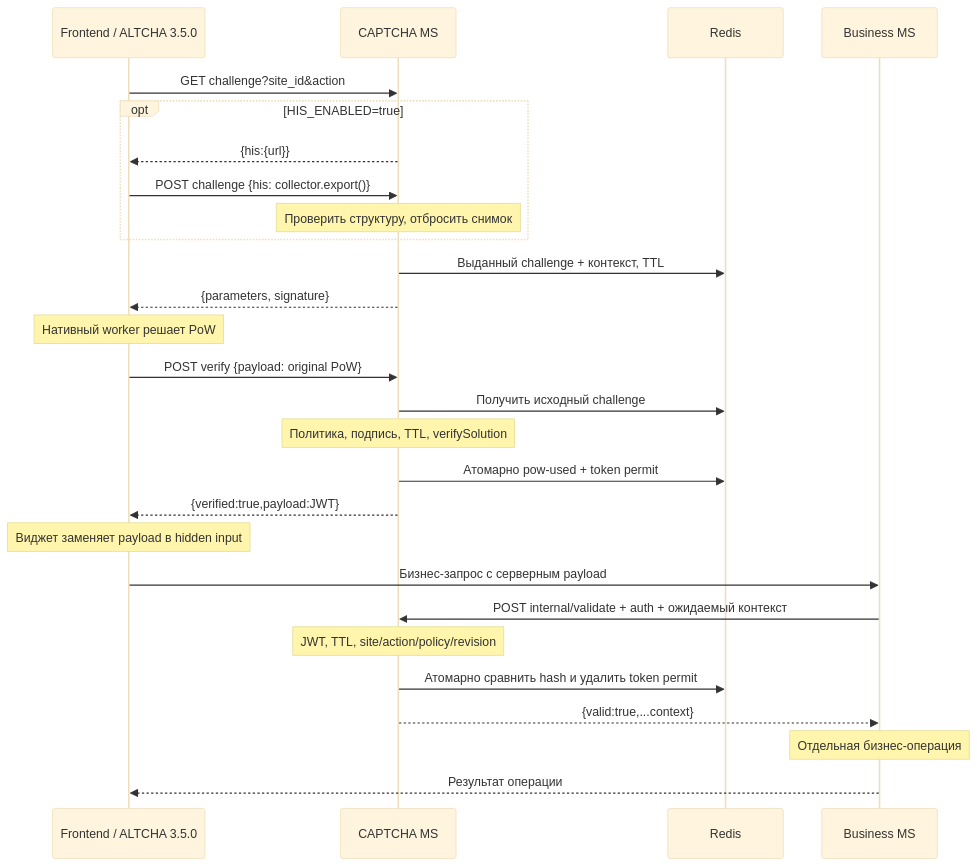
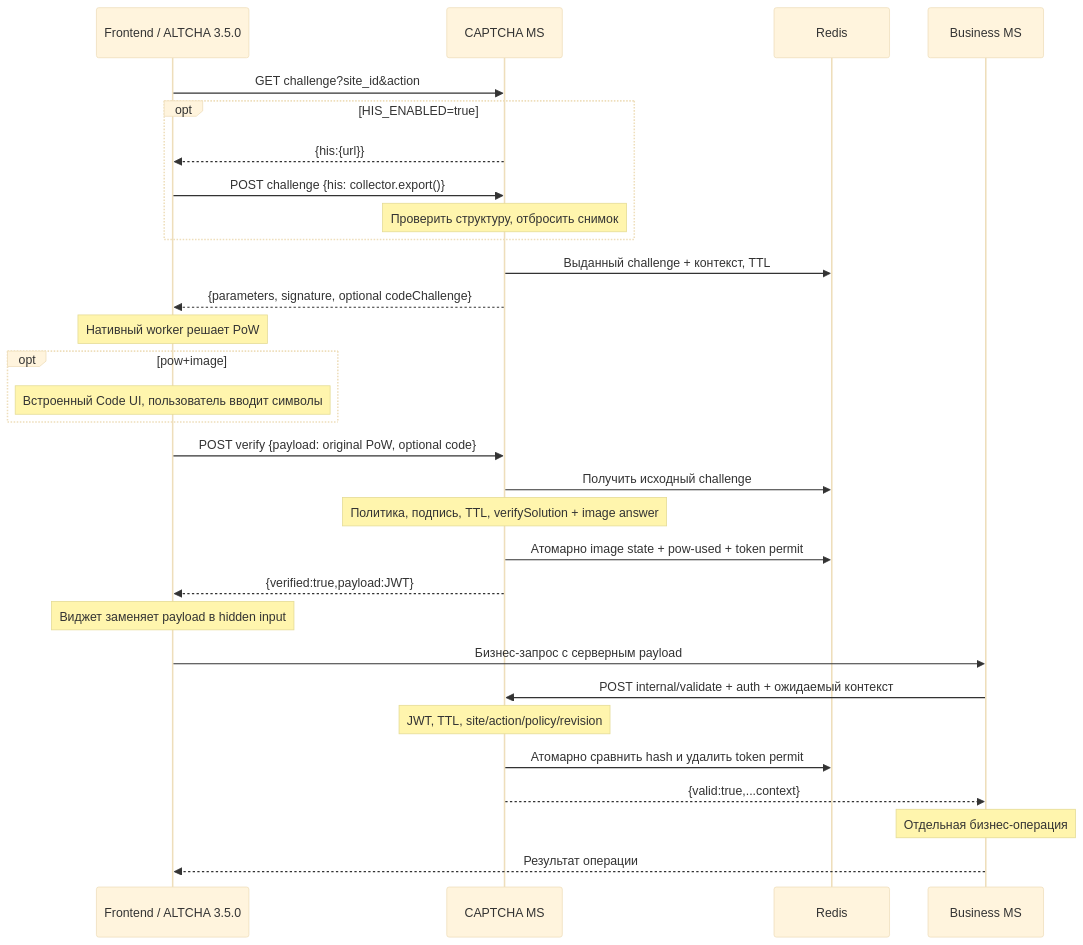
One commit to vikkitikky/altcha-poc-backend changed the diagram in docs/architecture.md. Above: the diagram before and after it, drawn with Mermaid (base theme). The commit also changed other lines of this file and 32 other files, not shown here.

````diff
--- a/docs/architecture.md
+++ b/docs/architecture.md
@@ -7,29 +7,32 @@
 ```mermaid
 sequenceDiagram
     participant F as Frontend / ALTCHA 3.5.0
     participant C as CAPTCHA MS
     participant R as Redis
     participant B as Business MS
     F->>C: GET challenge?site_id&action
     opt HIS_ENABLED=true
       C-->>F: {his:{url}}
       F->>C: POST challenge {his: collector.export()}
       Note over C: Проверить структуру, отбросить снимок
     end
     C->>R: Выданный challenge + контекст, TTL
-    C-->>F: {parameters, signature}
+    C-->>F: {parameters, signature, optional codeChallenge}
     Note over F: Нативный worker решает PoW
-    F->>C: POST verify {payload: original PoW}
+    opt pow+image
+      Note over F: Встроенный Code UI, пользователь вводит символы
+    end
+    F->>C: POST verify {payload: original PoW, optional code}
     C->>R: Получить исходный challenge
-    Note over C: Политика, подпись, TTL, verifySolution
-    C->>R: Атомарно pow-used + token permit
+    Note over C: Политика, подпись, TTL, verifySolution + image answer
+    C->>R: Атомарно image state + pow-used + token permit
     C-->>F: {verified:true,payload:JWT}
     Note over F: Виджет заменяет payload в hidden input
     F->>B: Бизнес-запрос с серверным payload
     B->>C: POST internal/validate + auth + ожидаемый контекст
     Note over C: JWT, TTL, site/action/policy/revision
     C->>R: Атомарно сравнить hash и удалить token permit
     C-->>B: {valid:true,...context}
     Note over B: Отдельная бизнес-операция
     B-->>F: Результат операции
 ```
````
